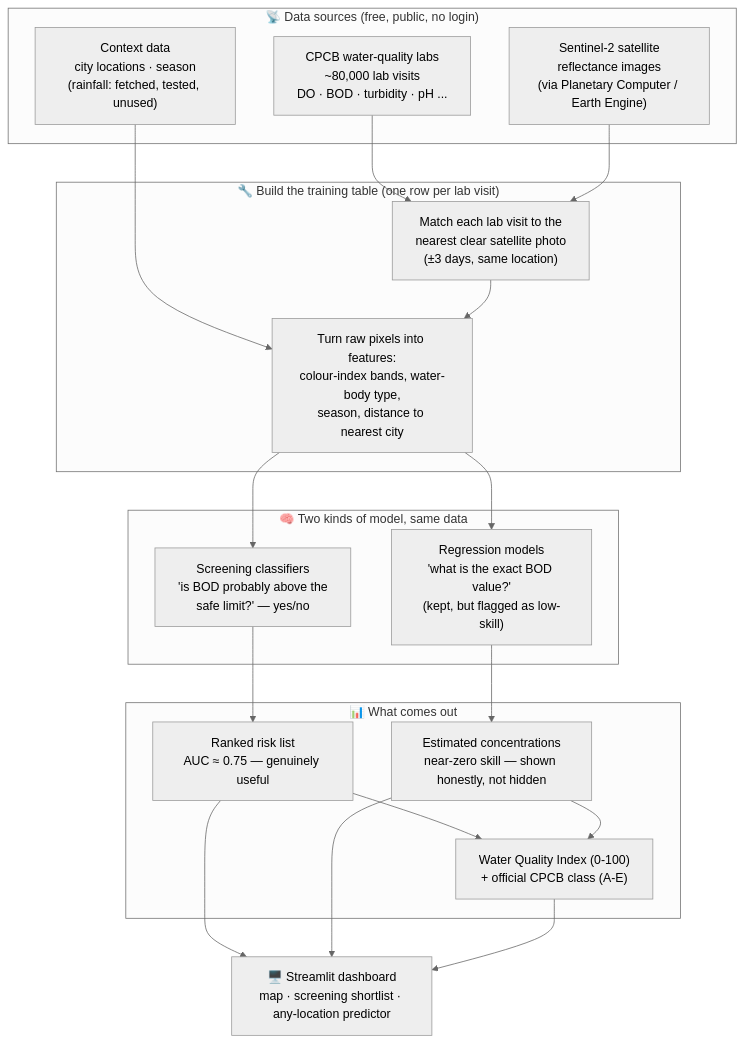
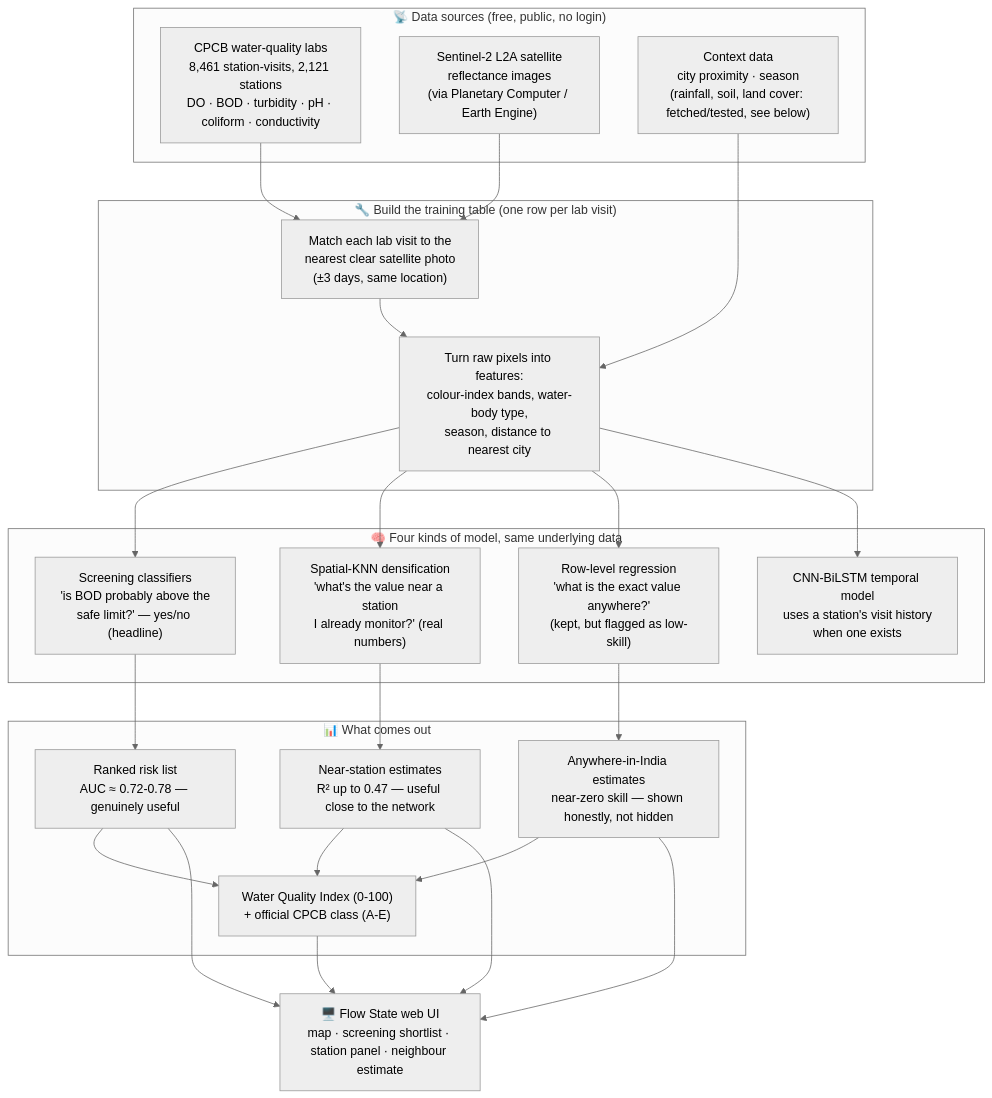
Before and after one commit to DisturbedSage5840C/flowstate: the diagram in README.md, drawn with Mermaid (neutral theme). The commit also changed other lines of this file, not shown here.

````diff
--- a/README.md
+++ b/README.md
@@ -51,40 +115,48 @@
 ```mermaid
 flowchart TD
     subgraph Sources["📡 Data sources (free, public, no login)"]
-        CPCB["CPCB water-quality labs\n~80,000 lab visits\nDO · BOD · turbidity · pH ..."]
-        S2["Sentinel-2 satellite\nreflectance images\n(via Planetary Computer / Earth Engine)"]
-        CTX["Context data\ncity locations · season\n(rainfall: fetched, tested, unused)"]
+        CPCB["CPCB water-quality labs\n8,461 station-visits, 2,121 stations\nDO · BOD · turbidity · pH · coliform · conductivity"]
+        S2["Sentinel-2 L2A satellite\nreflectance images\n(via Planetary Computer / Earth Engine)"]
+        CTX["Context data\ncity proximity · season\n(rainfall, soil, land cover: fetched/tested, see below)"]
     end
 
     subgraph Build["🔧 Build the training table (one row per lab visit)"]
         MATCH["Match each lab visit to the\nnearest clear satellite photo\n(±3 days, same location)"]
         FEAT["Turn raw pixels into features:\ncolour-index bands, water-body type,\nseason, distance to nearest city"]
     end
 
-    subgraph Models["🧠 Two kinds of model, same data"]
-        SCREEN["Screening classifiers\n'is BOD probably above the\nsafe limit?' — yes/no"]
-        REG["Regression models\n'what is the exact BOD value?'\n(kept, but flagged as low-skill)"]
+    subgraph Models["🧠 Four kinds of model, same underlying data"]
+        SCREEN["Screening classifiers\n'is BOD probably above the\nsafe limit?' — yes/no (headline)"]
+        KNN["Spatial-KNN densification\n'what's the value near a station\nI already monitor?' (real numbers)"]
+        REG["Row-level regression\n'what is the exact value anywhere?'\n(kept, but flagged as low-skill)"]
+        DL["CNN-BiLSTM temporal model\nuses a station's visit history\nwhen one exists"]
     end
 
     subgraph Output["📊 What comes out"]
-        RANK["Ranked risk list\nAUC ≈ 0.75 — genuinely useful"]
-        NUM["Estimated concentrations\nnear-zero skill — shown honestly, not hidden"]
+        RANK["Ranked risk list\nAUC ≈ 0.72-0.78 — genuinely useful"]
+        NEAR["Near-station estimates\nR² up to 0.47 — useful close to the network"]
+        NUM["Anywhere-in-India estimates\nnear-zero skill — shown honestly, not hidden"]
         WQI["Water Quality Index (0-100)\n+ official CPCB class (A-E)"]
     end
 
-    DASH["🖥️ Streamlit dashboard\nmap · screening shortlist · any-location predictor"]
+    DASH["🖥️ Flow State web UI\nmap · screening shortlist · station panel · neighbour estimate"]
 
     CPCB --> MATCH
     S2 --> MATCH
     CTX --> FEAT
     MATCH --> FEAT
     FEAT --> SCREEN
+    FEAT --> KNN
     FEAT --> REG
+    FEAT --> DL
     SCREEN --> RANK
+    KNN --> NEAR
     REG --> NUM
     RANK --> WQI
+    NEAR --> WQI
     NUM --> WQI
     RANK --> DASH
+    NEAR --> DASH
     NUM --> DASH
     WQI --> DASH
 ```
````
